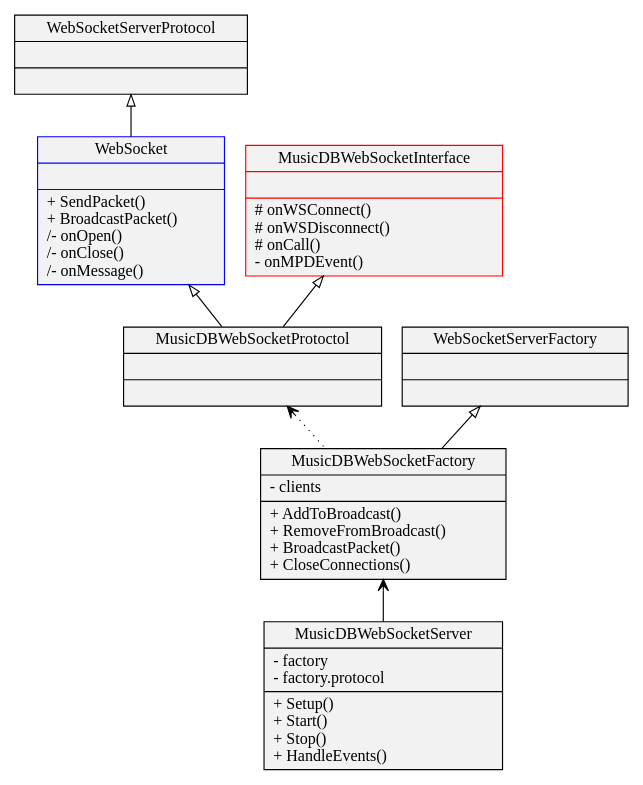
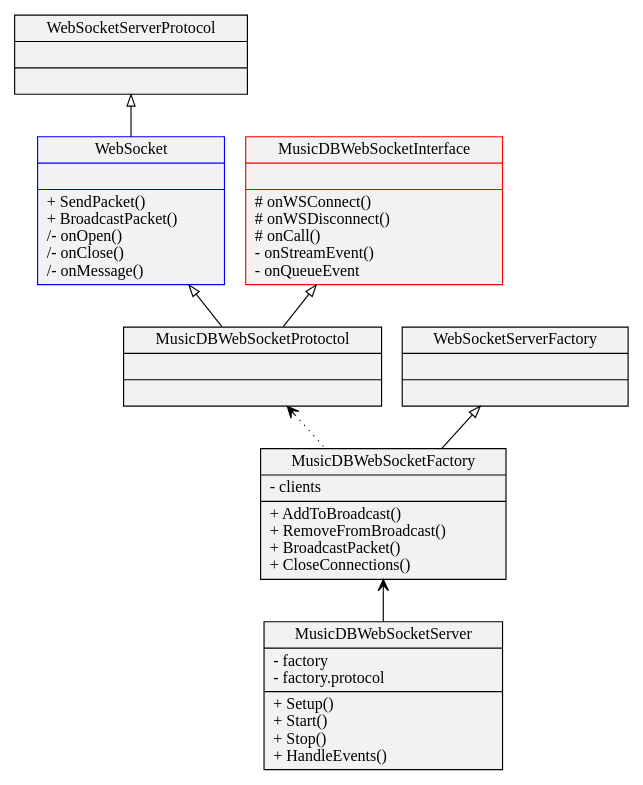
The first of 2 diagrams in docs/source/lib/websockets.rst (rstemmer/musicdb), drawn with Graphviz before and after one commit. The commit also changed other lines of this file and 15 other files, not shown here.

```diff
--- a/docs/source/lib/websockets.rst
+++ b/docs/source/lib/websockets.rst
@@ -23,22 +23,22 @@
    .. graphviz::
 
       digraph hierarchy {
          size="8,8"
          node[shape=record,style=filled,fillcolor=gray95]
          edge[dir=back, arrowtail=empty]
 
          wssp   [label = "{WebSocketServerProtocol||}"]
          ws     [label = "{WebSocket||+ SendPacket()\l+ BroadcastPacket()\l/- onOpen()\l/- onClose()\l/- onMessage()\l}", color=blue]
-         mdbwsi [label = "{MusicDBWebSocketInterface||# onWSConnect()\l# onWSDisconnect()\l# onCall()\l- onMPDEvent()\l}", color=red]
+         mdbwsi [label = "{MusicDBWebSocketInterface||# onWSConnect()\l# onWSDisconnect()\l# onCall()\l- onStreamEvent()\l- onQueueEvent\l}", color=red]
          mdbwsp [label = "{MusicDBWebSocketProtoctol||}"]
          wssf   [label = "{WebSocketServerFactory||}"]
          mdbwsf [label = "{MusicDBWebSocketFactory|- clients\l|+ AddToBroadcast()\l+ RemoveFromBroadcast()\l+ BroadcastPacket()\l+ CloseConnections()\l}"]
          mdbwss [label = "{MusicDBWebSocketServer|- factory\l- factory.protocol\l|+ Setup()\l+ Start()\l+ Stop()\l+ HandleEvents()\l}"]
 
          wssp -> ws
          ws -> mdbwsp
          mdbwsi -> mdbwsp
          wssf -> mdbwsf
          mdbwsp -> mdbwsf [style=dotted, arrowtail=open]
          mdbwsf -> mdbwss [arrowtail=open]
       }
```
